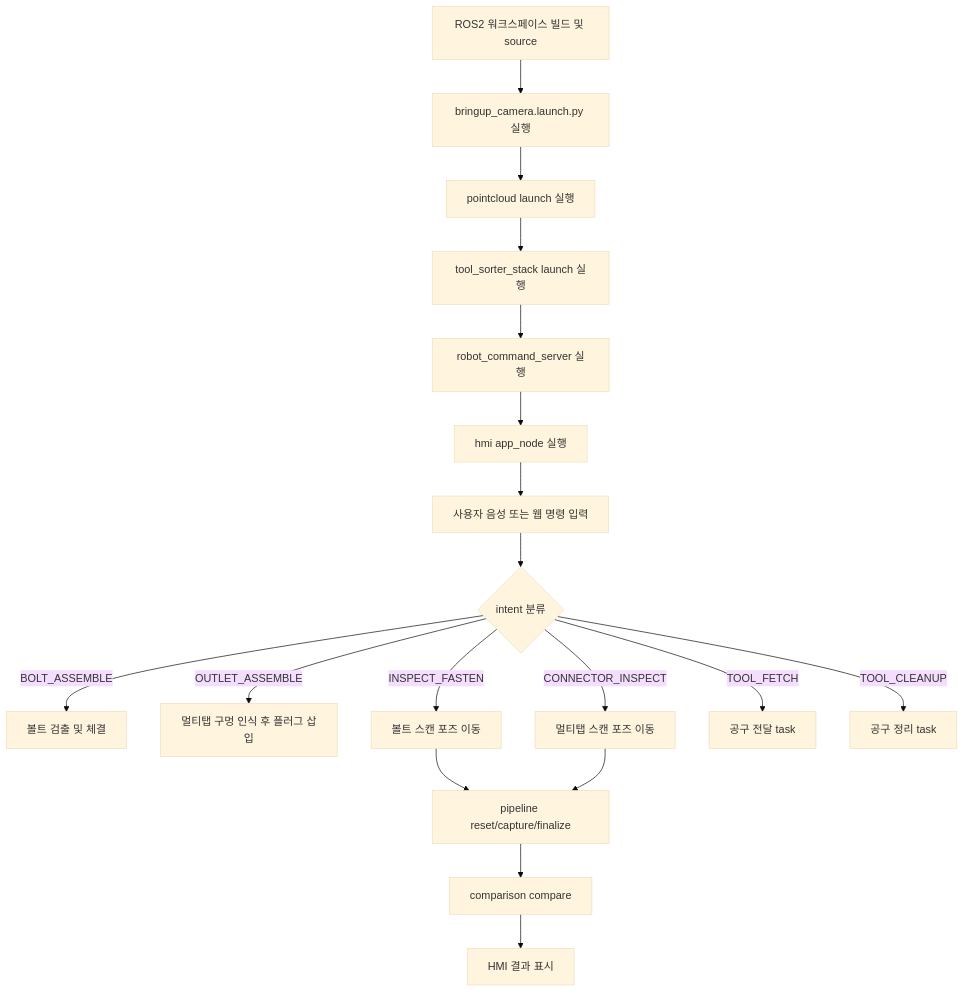
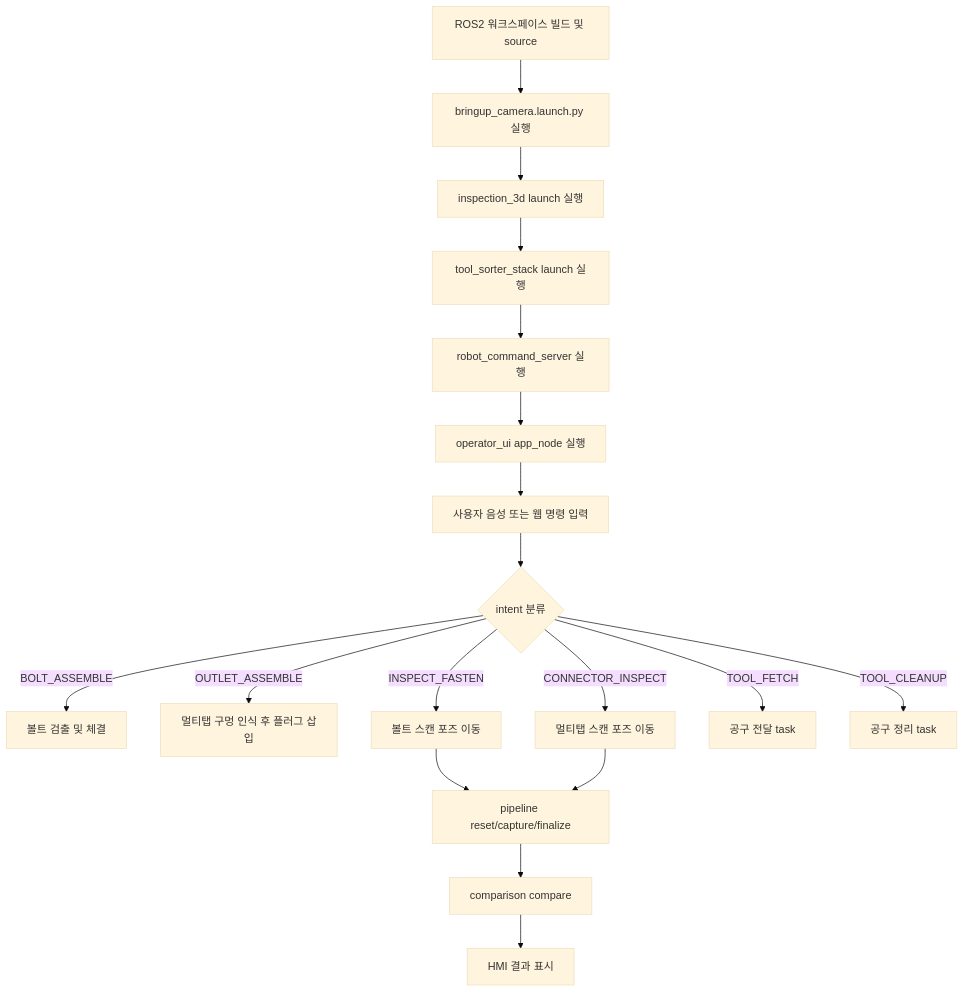
The second of 3 diagrams in README.md (donggeun333/ROKEY_Project_Cobot2), drawn with Mermaid (base theme) before and after one commit. The commit also changed other lines of this file and 242 other files, not shown here.

````diff
--- a/README.md
+++ b/README.md
@@ -85,20 +85,20 @@
 ```mermaid
 flowchart TD
     A[ROS2 워크스페이스 빌드 및 source] --> B[bringup_camera.launch.py 실행]
-    B --> C[pointcloud launch 실행]
+    B --> C[inspection_3d launch 실행]
     C --> D[tool_sorter_stack launch 실행]
     D --> E[robot_command_server 실행]
-    E --> F[hmi app_node 실행]
+    E --> F[operator_ui app_node 실행]
     F --> G[사용자 음성 또는 웹 명령 입력]
     G --> H{intent 분류}
     H -- BOLT_ASSEMBLE --> I[볼트 검출 및 체결]
     H -- OUTLET_ASSEMBLE --> J[멀티탭 구멍 인식 후 플러그 삽입]
     H -- INSPECT_FASTEN --> K[볼트 스캔 포즈 이동]
     H -- CONNECTOR_INSPECT --> L[멀티탭 스캔 포즈 이동]
     H -- TOOL_FETCH --> M[공구 전달 task]
     H -- TOOL_CLEANUP --> N[공구 정리 task]
     K --> O[pipeline reset/capture/finalize]
     L --> O
     O --> P[comparison compare]
     P --> Q[HMI 결과 표시]
 ```
````
